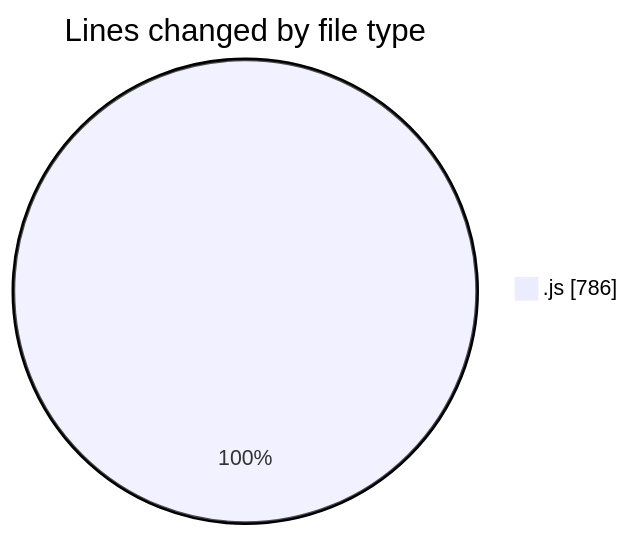
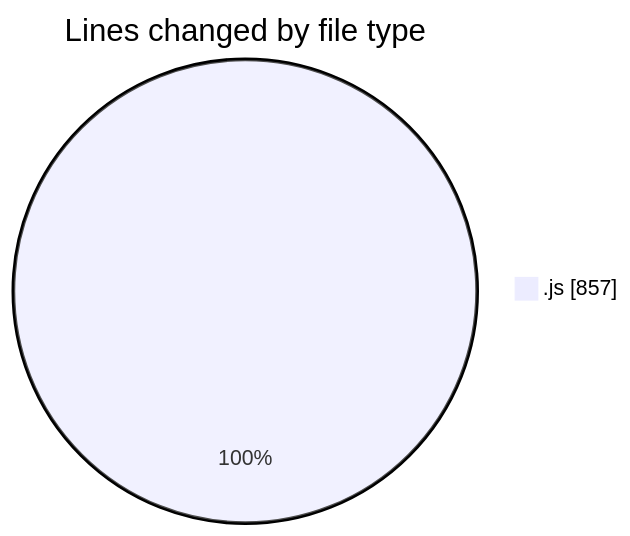
Before and after one commit to Ritupan-Deka/code-tracking: the first of 2 diagrams in 2025-08-05/javascript/README.md, drawn with Mermaid. The commit also changed other lines of this file and 1 other file, not shown here.

````diff
--- a/2025-08-05/javascript/README.md
+++ b/2025-08-05/javascript/README.md
@@ -22,5 +22,5 @@
 ```mermaid
 pie showData
 title Lines changed by file type
-".js" : 786
+".js" : 857
 ```
````
